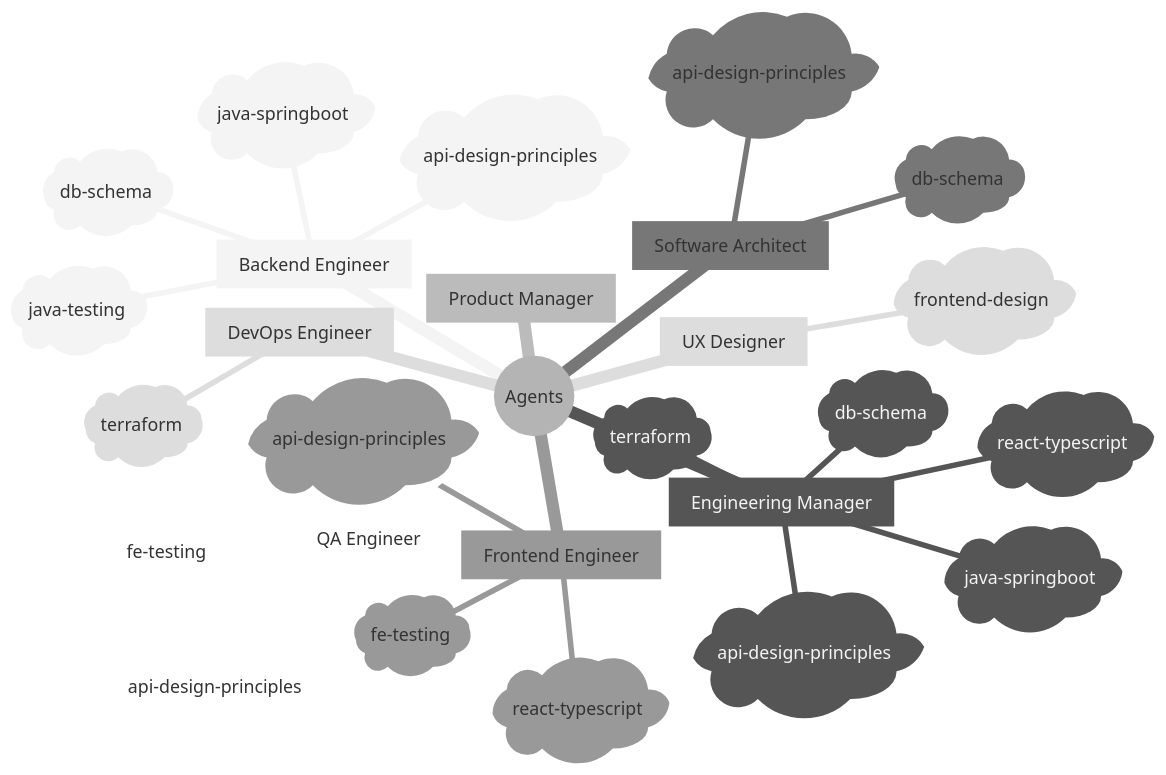
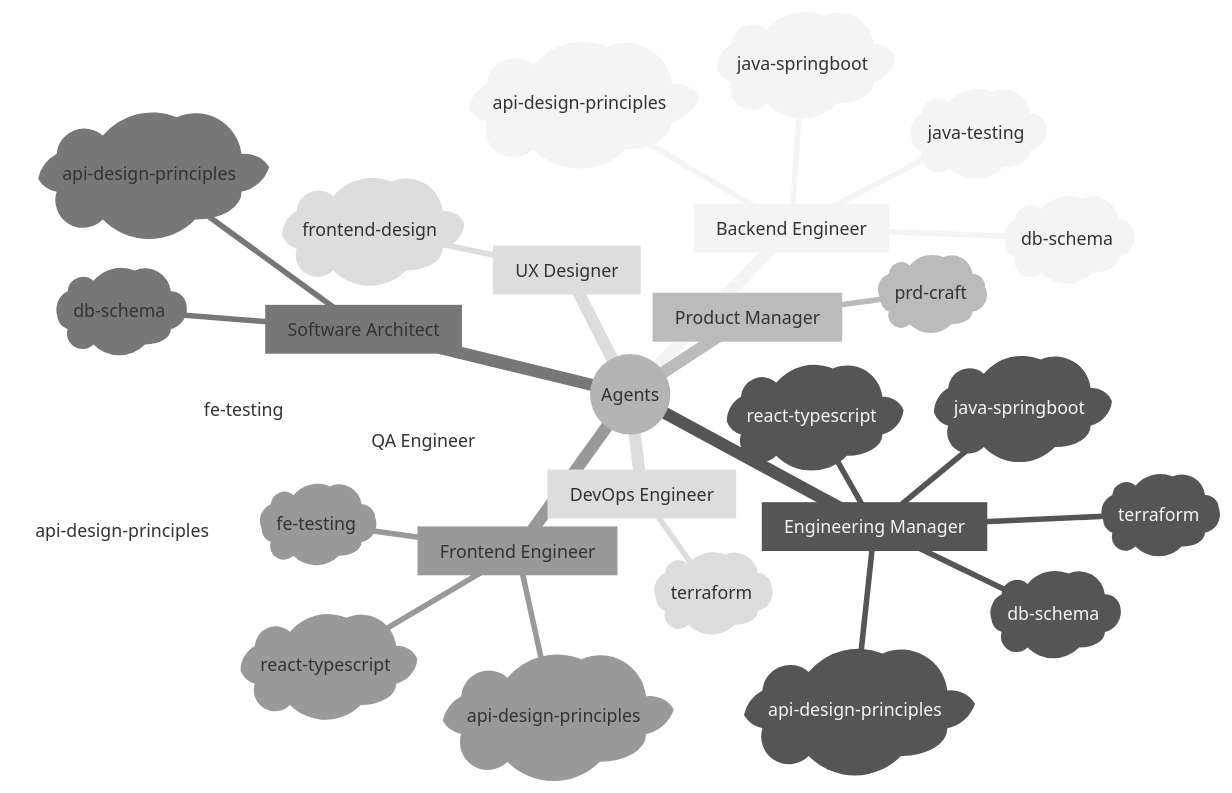
One commit to sans-github/agents changed the first of 3 diagrams in README.md. Above: the diagram before and after it, drawn with Mermaid (neutral theme). The commit also changed 2 other files, not shown here.

Commit message:
add prd-craft skill and enrich PM agent with interview discipline and app flows

````diff
--- a/README.md
+++ b/README.md
@@ -58,30 +58,31 @@
 ```mermaid
 mindmap
   root((Agents))
     [Backend Engineer]
       )db-schema(
       )java-springboot(
       )api-design-principles(
       )java-testing(
     [Engineering Manager]
       )db-schema(
       )java-springboot(
       )api-design-principles(
       )react-typescript(
       )terraform(
     [Product Manager]
+      )prd-craft(
     [Software Architect]
       )api-design-principles(
       )db-schema(
     [Frontend Engineer]
       )api-design-principles(
       )react-typescript(
       )fe-testing(
     [DevOps Engineer]
       )terraform(
     [QA Engineer]
       )api-design-principles(
       )fe-testing(
     [UX Designer]
       )frontend-design(
 ```
````
